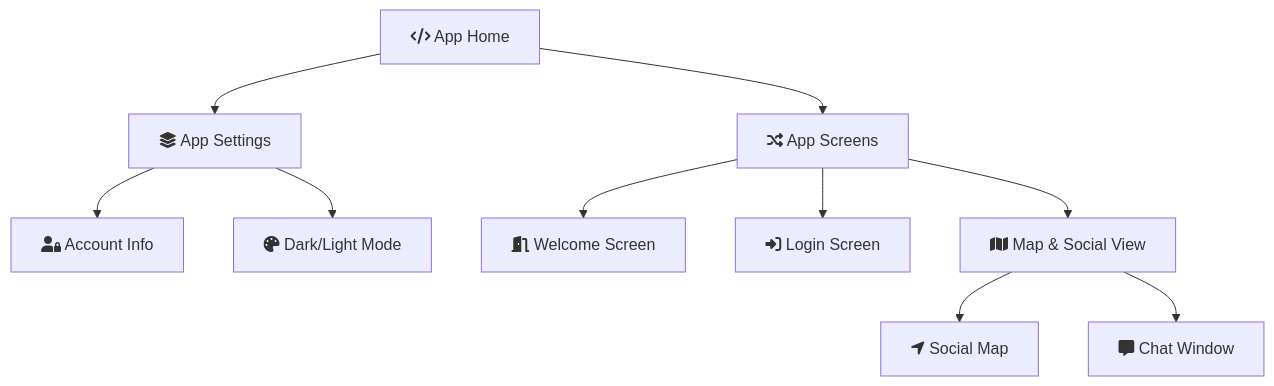
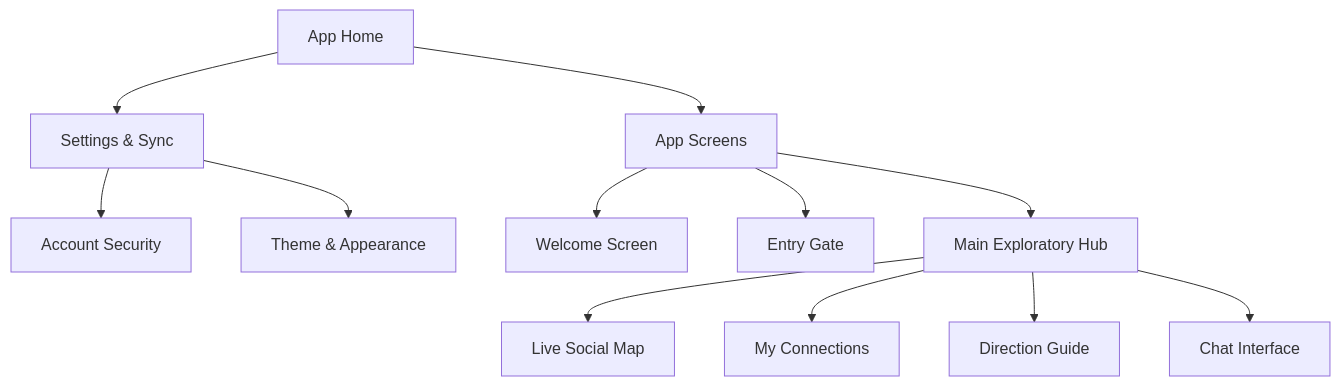
One commit to Akash-Veerla/Demographic changed the eighth of 8 diagrams in docs/DIAGRAMS.md. Above: the diagram before and after it, drawn with Mermaid. The commit also changed other lines of this file, not shown here.

Commit message:
Diagrams update reflecting system update

````diff
--- a/docs/DIAGRAMS.md
+++ b/docs/DIAGRAMS.md
@@ -199,14 +216,16 @@
 ```mermaid
 graph TD
-    App[fa:fa-code App Home] --> Logic[fa:fa-layer-group App Settings]
-    Logic --> Account[fa:fa-user-lock Account Info]
-    Logic --> Theme[fa:fa-palette Dark/Light Mode]
+    App[App Home] --> Settings[Settings & Sync]
+    Settings --> Account[Account Security]
+    Settings --> Display[Theme & Appearance]
     
-    App --> Screens[fa:fa-random App Screens]
-    Screens --> Start[fa:fa-door-open Welcome Screen]
-    Screens --> Login[fa:fa-sign-in-alt Login Screen]
-    Screens --> Main[fa:fa-map Map & Social View]
+    App --> Flow[App Screens]
+    Flow --> Landing[Welcome Screen]
+    Flow --> Login[Entry Gate]
+    Flow --> Explorer[Main Exploratory Hub]
     
-    Main --> MapView[fa:fa-location-arrow Social Map]
-    Main --> ChatUI[fa:fa-comment-alt Chat Window]
+    Explorer --> SocialMap[Live Social Map]
+    Explorer --> FriendsList[My Connections]
+    Explorer --> Navigation[Direction Guide]
+    Explorer --> ChatBox[Chat Interface]
 ```
````
